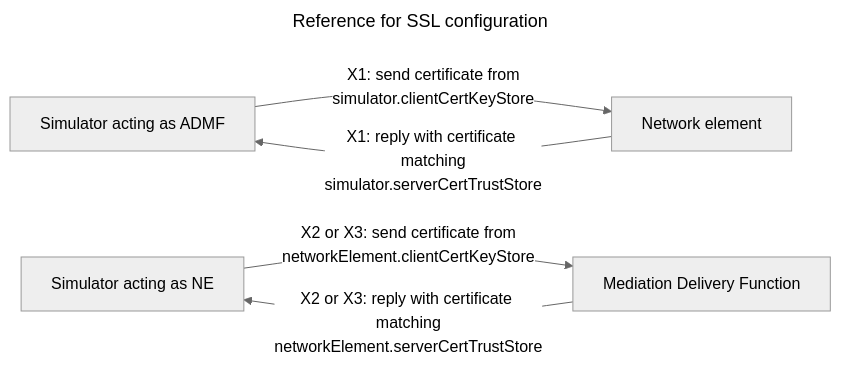
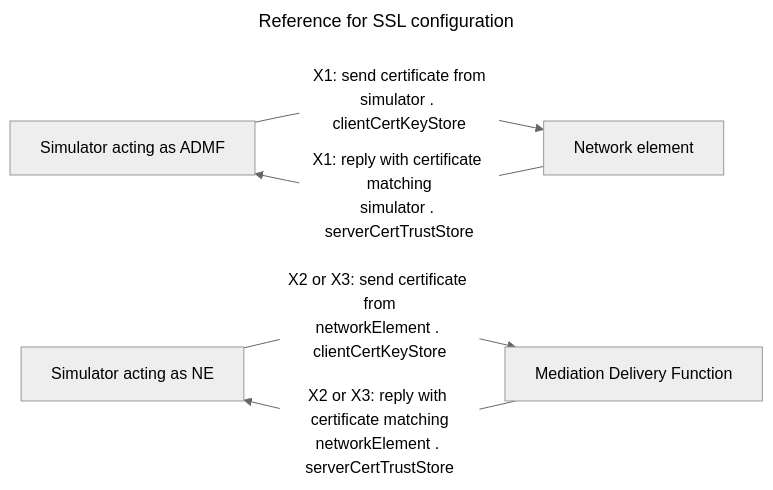
One commit to sipgate/li-simulator-x1x2x3 changed the first of 2 diagrams in README.md. Above: the diagram before and after it, drawn with Mermaid (neutral theme). The commit also changed other lines of this file, not shown here.

Commit message:
style: re-format README

````diff
--- a/README.md
+++ b/README.md
@@ -47,16 +47,14 @@
 ```mermaid
 ---
 title: Reference for SSL configuration
 ---
 flowchart LR
-simulator-admf[Simulator acting as ADMF]
-simulator-ne[Simulator acting as NE]
-ne[Network element]
-mdf[Mediation Delivery Function]
-
-simulator-admf--X1: send certificate from\nsimulator.clientCertKeyStore-->ne
-ne--X1: reply with certificate matching\nsimulator.serverCertTrustStore-->simulator-admf
-
-simulator-ne--X2 or X3: send certificate from\nnetworkElement.clientCertKeyStore-->mdf
-mdf--X2 or X3: reply with certificate matching\nnetworkElement.serverCertTrustStore-->simulator-ne
+  simulator-admf[Simulator acting as ADMF]
+  simulator-ne[Simulator acting as NE]
+  ne[Network element]
+  mdf[Mediation Delivery Function]
+  simulator-admf -- X1: send certificate from\nsimulator . clientCertKeyStore --> ne
+  ne -- X1: reply with certificate matching\nsimulator . serverCertTrustStore --> simulator-admf
+  simulator-ne -- X2 or X3: send certificate from\nnetworkElement . clientCertKeyStore --> mdf
+  mdf -- X2 or X3: reply with certificate matching\nnetworkElement . serverCertTrustStore --> simulator-ne
 ```
````
